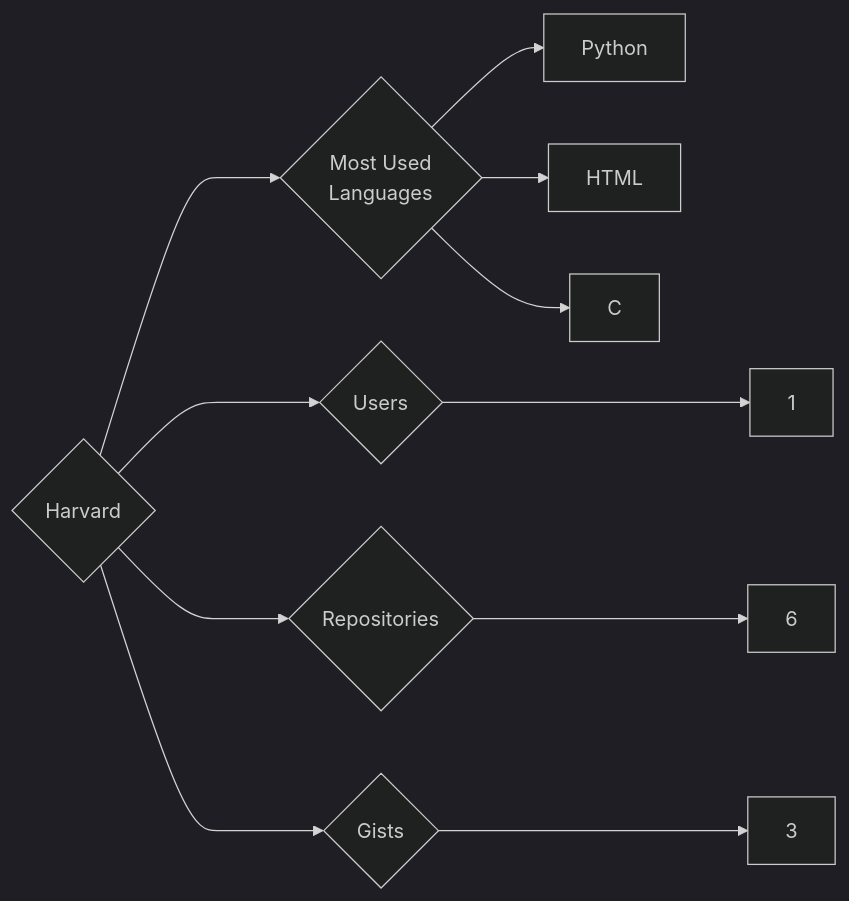
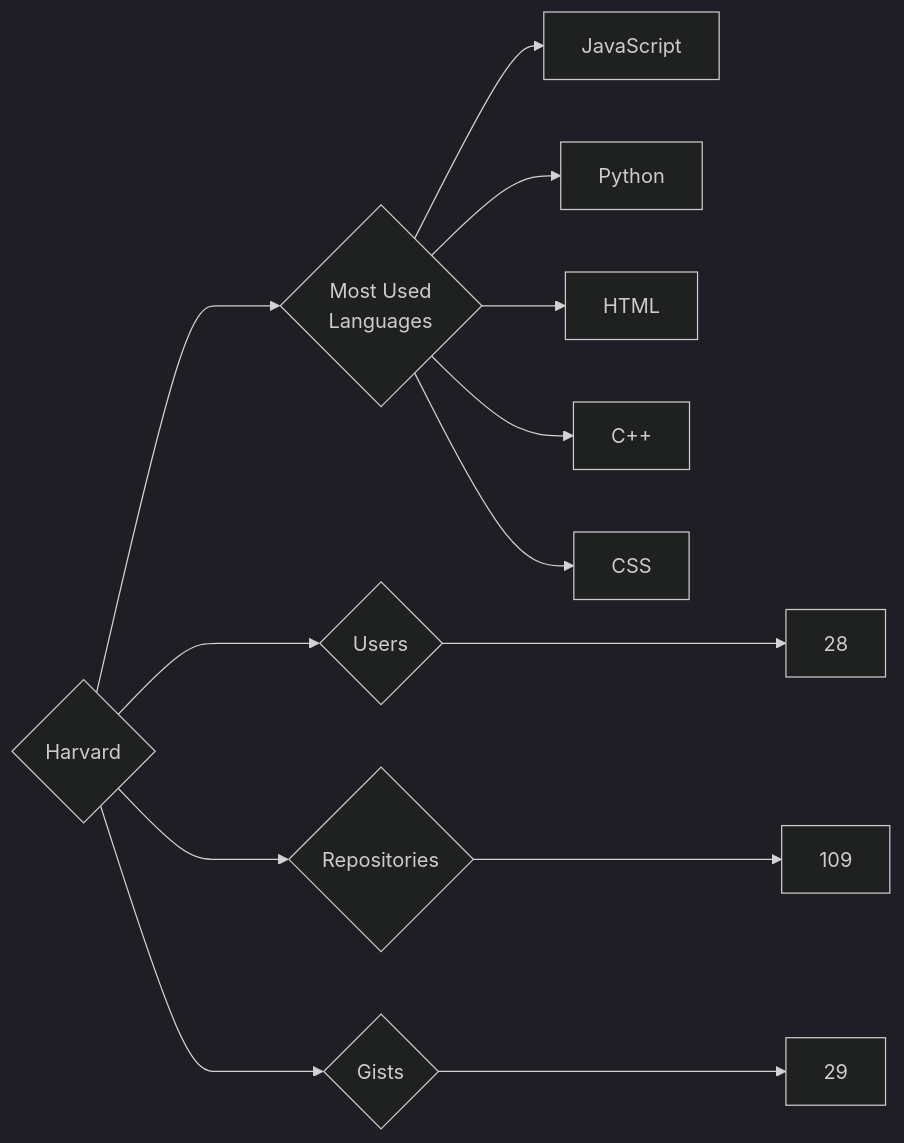
The diagram in targets/Harvard/README.md (trickest/insiders), drawn with Mermaid (dark theme) before and after one commit. The commit also changed 681 other files, not shown here.

````diff
--- a/targets/Harvard/README.md
+++ b/targets/Harvard/README.md
@@ -3,11 +3,13 @@
 ```mermaid
 graph LR
 COMPANY_NAME{Harvard}
-COMPANY_NAME ---> U{Users} ---> UN[1]
-COMPANY_NAME ---> R{Repositories} ---> RN[6]
-COMPANY_NAME ---> G{Gists} ---> GN[3]
+COMPANY_NAME ---> U{Users} ---> UN[28]
+COMPANY_NAME ---> R{Repositories} ---> RN[109]
+COMPANY_NAME ---> G{Gists} ---> GN[29]
 COMPANY_NAME ---> ML{Most Used<br>Languages}
+ML --> JavaScript[JavaScript]
 ML --> Python[Python]
 ML --> HTML[HTML]
-ML --> C[C]
+ML --> C++[C++]
+ML --> CSS[CSS]
 ```
````
